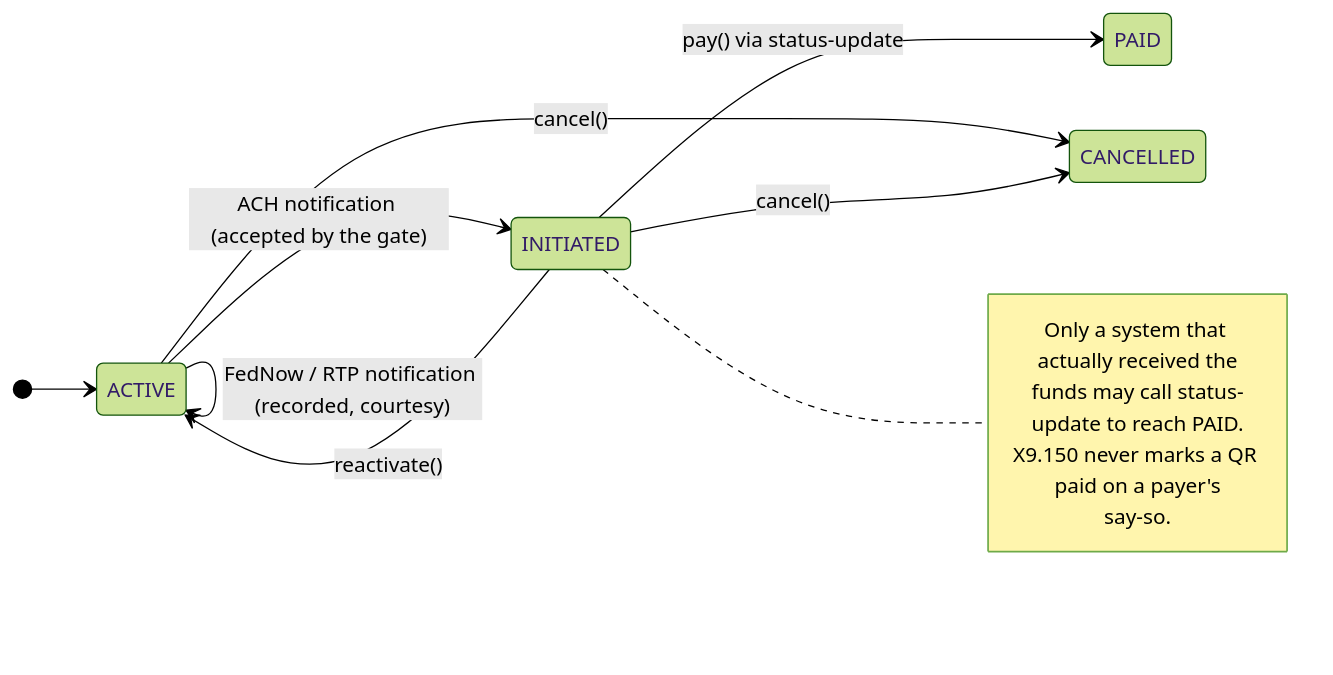
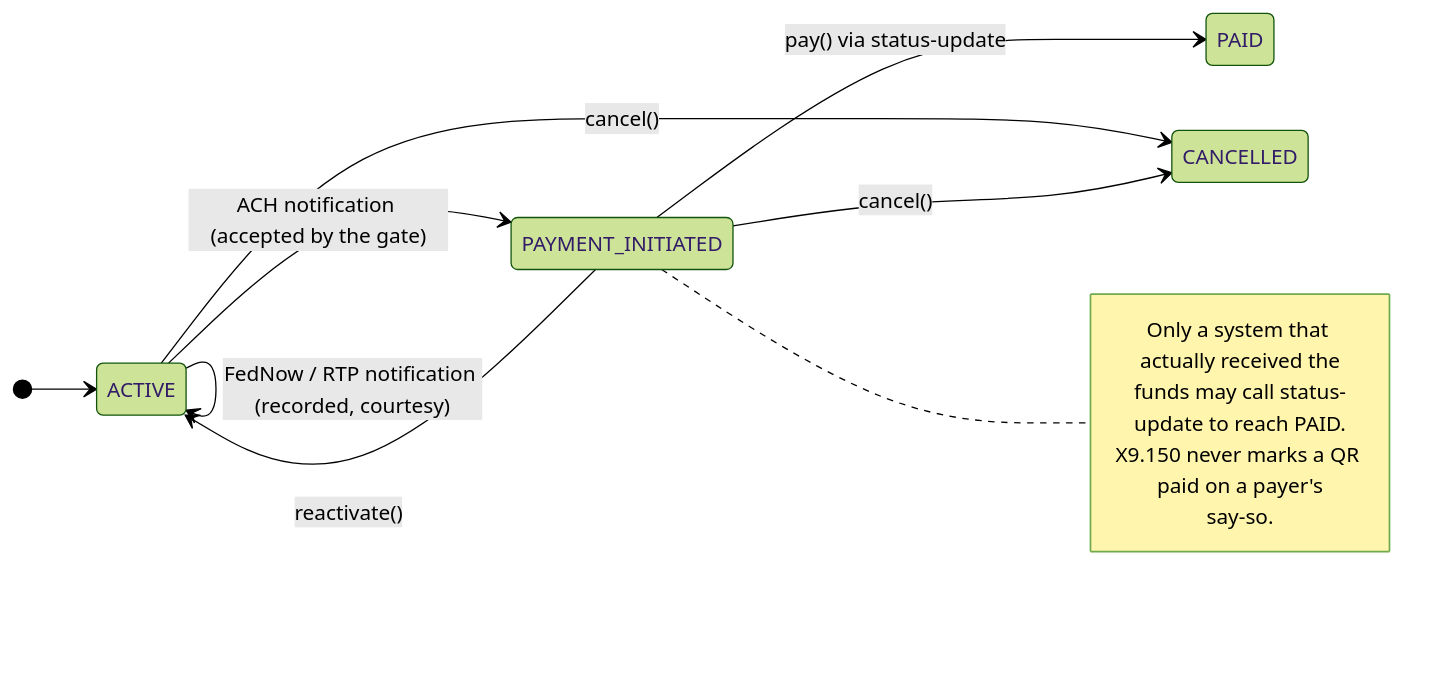
The second of 2 diagrams in STATE-MACHINE.md (matera-inc/x9.150-qrcode), drawn with Mermaid (forest theme) before and after one commit. The commit also changed other lines of this file and 4 other files, not shown here.

````diff
--- a/STATE-MACHINE.md
+++ b/STATE-MACHINE.md
@@ -153,18 +185,18 @@
 ```mermaid
 stateDiagram-v2
     direction LR
     [*] --> ACTIVE
-    ACTIVE --> INITIATED : ACH notification (accepted by the gate)
+    ACTIVE --> PAYMENT_INITIATED : ACH notification (accepted by the gate)
     ACTIVE --> ACTIVE : FedNow / RTP notification (recorded, courtesy)
-    INITIATED --> ACTIVE : reactivate()
-    INITIATED --> PAID : pay() via status-update
+    PAYMENT_INITIATED --> ACTIVE : reactivate()
+    PAYMENT_INITIATED --> PAID : pay() via status-update
     ACTIVE --> CANCELLED : cancel()
-    INITIATED --> CANCELLED : cancel()
+    PAYMENT_INITIATED --> CANCELLED : cancel()
 
-    note right of INITIATED
+    note right of PAYMENT_INITIATED
         Only a system that actually received the
         funds may call status-update to reach PAID.
         X9.150 never marks a QR paid on a payer's
         say-so.
     end note
 ```
````
